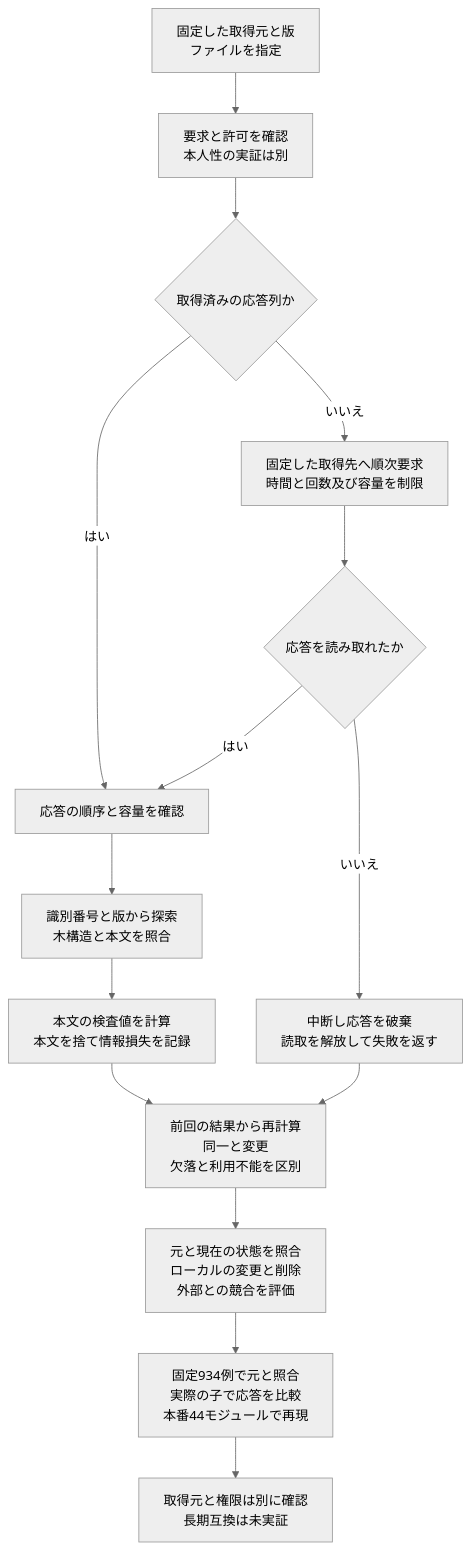
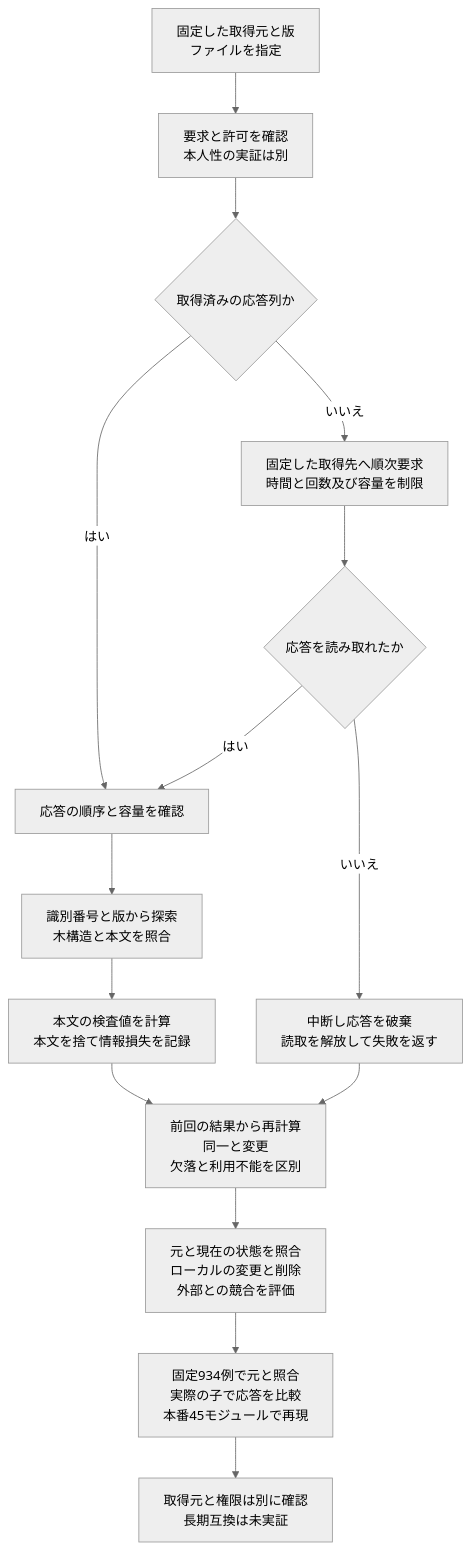
One commit to koukemo/morivyx changed the diagram in docs/diagrams/python-github-import.mmd. Above: the diagram before and after it, drawn with Mermaid (neutral theme). The commit also changed 40 other files, not shown here.

```diff
--- a/docs/diagrams/python-github-import.mmd
+++ b/docs/diagrams/python-github-import.mmd
@@ -1,15 +1,15 @@
 flowchart TD
   A[固定した取得元と版<br/>ファイルを指定] --> B[要求と許可を確認<br/>本人性の実証は別]
   B --> C{取得済みの応答列か}
   C -->|はい| D[応答の順序と容量を確認]
   C -->|いいえ| E[固定した取得先へ順次要求<br/>時間と回数及び容量を制限]
   E --> F{応答を読み取れたか}
   F -->|はい| D
   F -->|いいえ| G[中断し応答を破棄<br/>読取を解放して失敗を返す]
   D --> H[識別番号と版から探索<br/>木構造と本文を照合]
   H --> I[本文の検査値を計算<br/>本文を捨て情報損失を記録]
   I --> J[前回の結果から再計算<br/>同一と変更<br/>欠落と利用不能を区別]
   G --> J
   J --> K[元と現在の状態を照合<br/>ローカルの変更と削除<br/>外部との競合を評価]
-  K --> L[固定934例で元と照合<br/>実際の子で応答を比較<br/>本番44モジュールで再現]
+  K --> L[固定934例で元と照合<br/>実際の子で応答を比較<br/>本番45モジュールで再現]
   L --> M[取得元と権限は別に確認<br/>長期互換は未実証]
```
